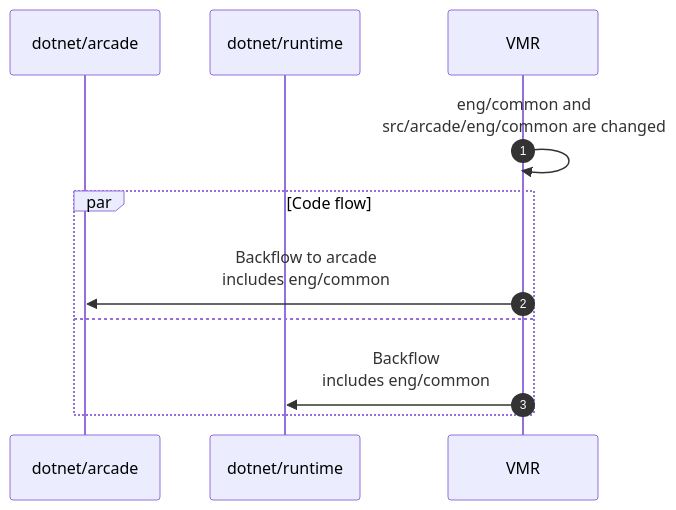
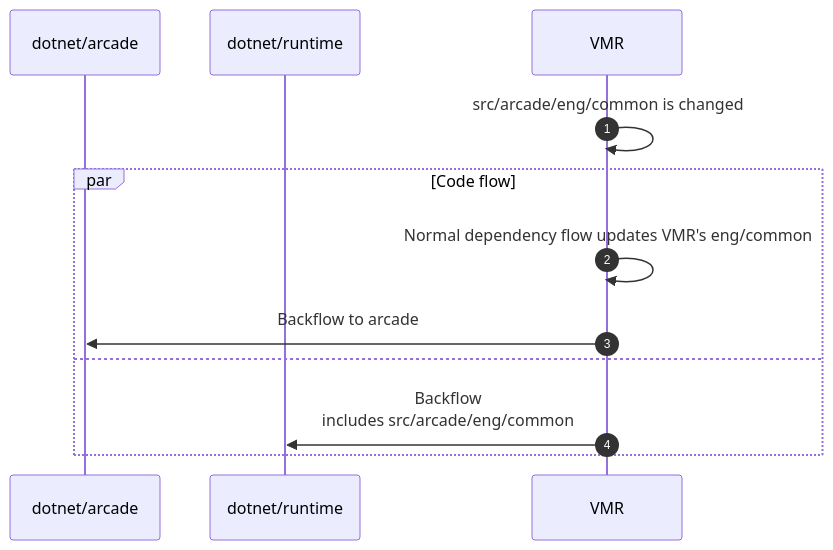
One commit to dotnet/arcade changed the fifth of 5 diagrams in Documentation/UnifiedBuild/VMR-Full-Code-Flow.md. Above: the diagram before and after it, drawn with Mermaid. The commit also changed other lines of this file, not shown here.

````diff
--- a/Documentation/UnifiedBuild/VMR-Full-Code-Flow.md
+++ b/Documentation/UnifiedBuild/VMR-Full-Code-Flow.md
@@ -510,16 +508,17 @@
 ```mermaid
 sequenceDiagram
     autonumber
 
     participant arcade as dotnet/arcade
     participant runtime as dotnet/runtime
     participant VMR as VMR
 
-    VMR->>VMR: eng/common and<br>src/arcade/eng/common are changed
+    VMR->>VMR: src/arcade/eng/common is changed
 
     par Code flow
-    VMR->>arcade: Backflow to arcade<br>includes eng/common
+    VMR->>VMR: Normal dependency flow updates VMR's eng/common
+    VMR->>arcade: Backflow to arcade
     and
-    VMR->>runtime: Backflow<br>includes eng/common
+    VMR->>runtime: Backflow<br>includes src/arcade/eng/common
     end
 ```
````
